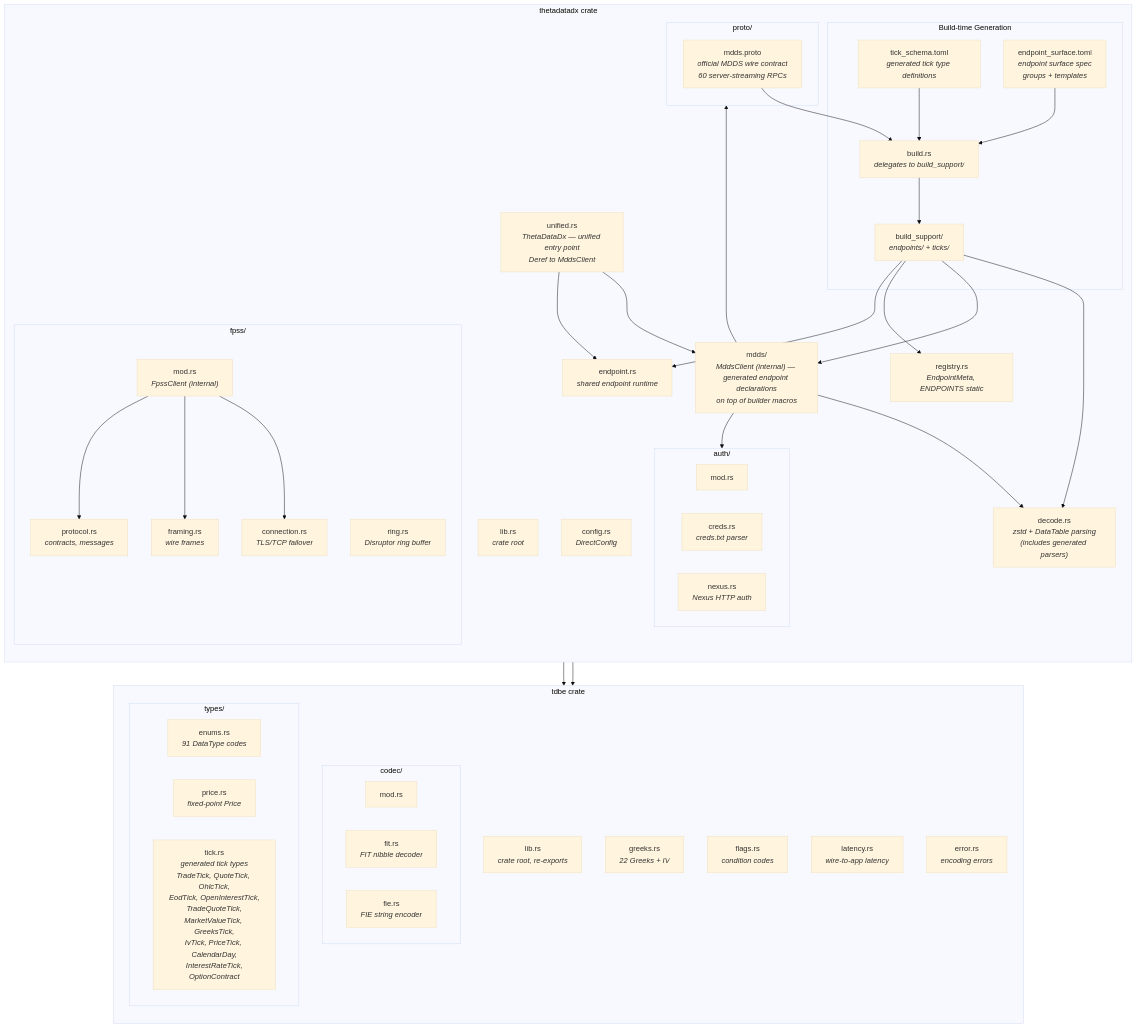
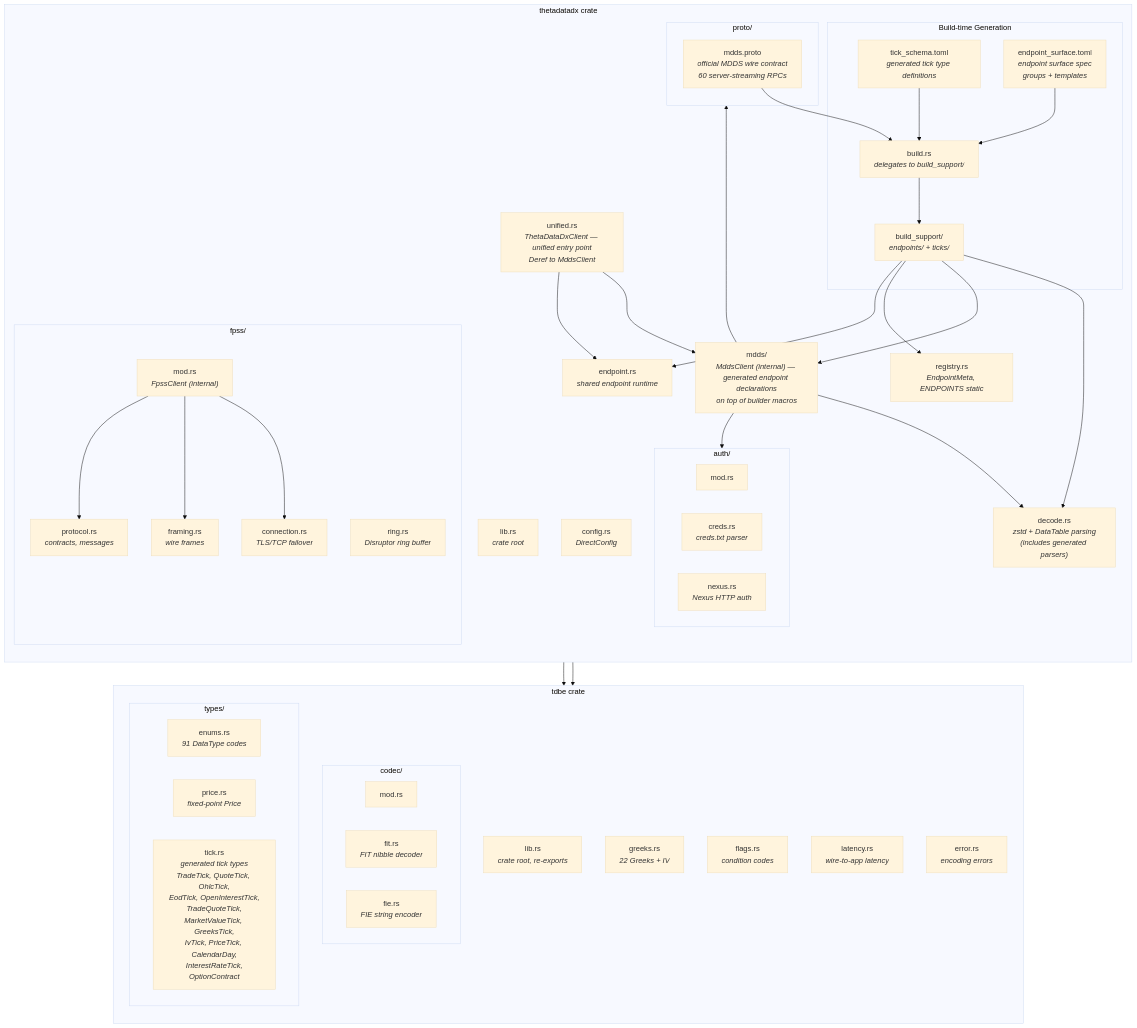
One commit to userFRM/ThetaDataDx changed diagram 15 of 15 in docs/architecture.md. Above: the diagram before and after it, drawn with Mermaid (base theme). The commit also changed other lines of this file and 350 other files, not shown here.

````diff
--- a/docs/architecture.md
+++ b/docs/architecture.md
@@ -518,80 +516,80 @@
 ```mermaid
 graph TD
     subgraph "tdbe crate"
         direction TB
         TDBE_LIB["lib.rs<br/><i>crate root, re-exports</i>"]
 
         subgraph tdbe_codec["codec/"]
             C_MOD["mod.rs"]
             C_FIT["fit.rs<br/><i>FIT nibble decoder</i>"]
             C_FIE["fie.rs<br/><i>FIE string encoder</i>"]
         end
 
         subgraph tdbe_types["types/"]
             T_ENUM["enums.rs<br/><i>91 DataType codes</i>"]
             T_PRICE["price.rs<br/><i>fixed-point Price</i>"]
             T_TICK["tick.rs<br/><i>generated tick types<br/>TradeTick, QuoteTick, OhlcTick,<br/>EodTick, OpenInterestTick,<br/>TradeQuoteTick,<br/>MarketValueTick, GreeksTick,<br/>IvTick, PriceTick, CalendarDay,<br/>InterestRateTick,<br/>OptionContract</i>"]
         end
 
         TDBE_GREEKS["greeks.rs<br/><i>22 Greeks + IV</i>"]
         TDBE_FLAGS["flags.rs<br/><i>condition codes</i>"]
         TDBE_LATENCY["latency.rs<br/><i>wire-to-app latency</i>"]
         TDBE_ERROR["error.rs<br/><i>encoding errors</i>"]
     end
 
     subgraph "thetadatadx crate"
         direction TB
         LIB["lib.rs<br/><i>crate root</i>"]
 
         subgraph auth["auth/"]
             A_MOD["mod.rs"]
             A_CREDS["creds.rs<br/><i>creds.txt parser</i>"]
             A_NEXUS["nexus.rs<br/><i>Nexus HTTP auth</i>"]
         end
 
         subgraph fpss["fpss/"]
             F_MOD["mod.rs<br/><i>FpssClient (internal)</i>"]
             F_CONN["connection.rs<br/><i>TLS/TCP failover</i>"]
             F_FRAME["framing.rs<br/><i>wire frames</i>"]
             F_PROTO["protocol.rs<br/><i>contracts, messages</i>"]
             F_RING["ring.rs<br/><i>Disruptor ring buffer</i>"]
         end
 
-        UNIFIED["unified.rs<br/><i>ThetaDataDx — unified entry point<br/>Deref to MddsClient</i>"]
+        UNIFIED["unified.rs<br/><i>ThetaDataDxClient — unified entry point<br/>Deref to MddsClient</i>"]
         DIRECT["mdds/<br/><i>MddsClient (internal) — generated endpoint declarations<br/>on top of builder macros</i>"]
         ENDPOINT_RT["endpoint.rs<br/><i>shared endpoint runtime</i>"]
         CONFIG["config.rs<br/><i>DirectConfig</i>"]
         DECODE["decode.rs<br/><i>zstd + DataTable parsing<br/>(includes generated parsers)</i>"]
         REGISTRY["registry.rs<br/><i>EndpointMeta, ENDPOINTS static</i>"]
 
         subgraph codegen["Build-time Generation"]
             SCHEMA["tick_schema.toml<br/><i>generated tick type definitions</i>"]
             SURFACE["endpoint_surface.toml<br/><i>endpoint surface spec<br/>groups + templates</i>"]
             BUILD["build.rs<br/><i>delegates to build_support/</i>"]
             SUPPORT["build_support/<br/><i>endpoints/ + ticks/</i>"]
         end
 
         subgraph proto["proto/"]
             P_EXT["mdds.proto<br/><i>official MDDS wire contract<br/>60 server-streaming RPCs</i>"]
         end
     end
 
     LIB --> TDBE_LIB
     UNIFIED --> DIRECT
     UNIFIED --> ENDPOINT_RT
     DIRECT --> auth
     DIRECT --> DECODE
     DIRECT --> proto
     SCHEMA --> BUILD
     SURFACE --> BUILD
     P_EXT --> BUILD
     BUILD --> SUPPORT
     SUPPORT --> DECODE
     SUPPORT --> DIRECT
     SUPPORT --> REGISTRY
     SUPPORT --> ENDPOINT_RT
     F_MOD --> tdbe_codec
     F_MOD --> F_CONN
     F_MOD --> F_FRAME
     F_MOD --> F_PROTO
 ```
````
